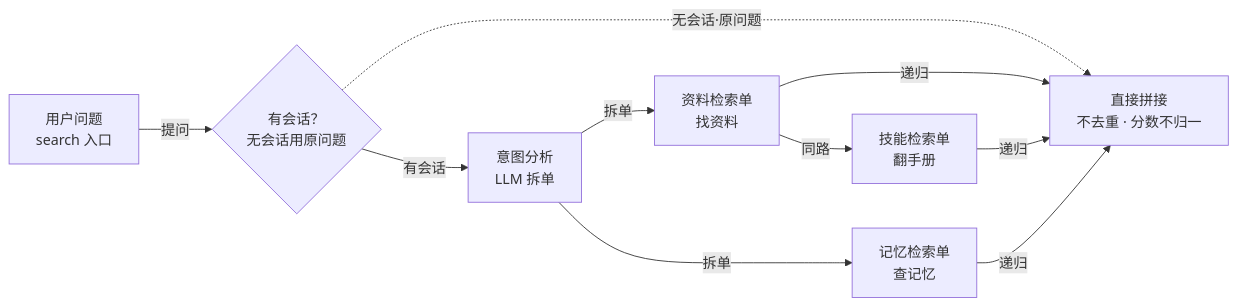
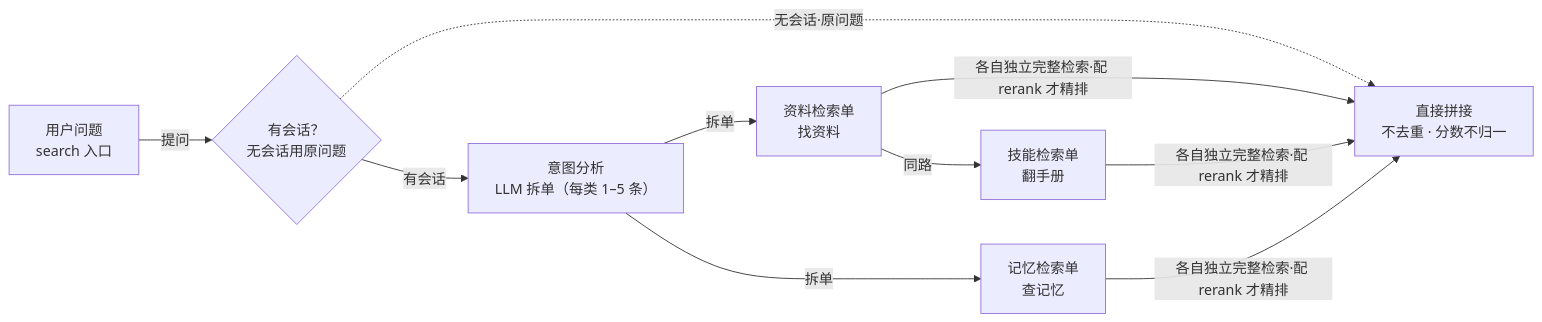
Before and after one commit to ThreeFish-AI/negentropy: the diagram in docs/assets/mermaid/cognitive-context/openviking--intent-typed-queries.mmd, drawn with Mermaid. The commit also changed 30 other files, not shown here.

```diff
--- a/docs/assets/mermaid/cognitive-context/openviking--intent-typed-queries.mmd
+++ b/docs/assets/mermaid/cognitive-context/openviking--intent-typed-queries.mmd
@@ -1,14 +1,15 @@
-%% source: docs/research/cognitive-context/014-openviking.md §5.2（视频 P3）
+%% source: docs/research/cognitive-context/014-openviking.md §5.2（视频 P3 → 换代重绘）
 %% slug: openviking--intent-typed-queries
 %% type: workflow
 %% derived: docs/assets/architecture/cognitive-context/openviking--intent-typed-queries.html
+%% fix: 2026-10-22 「递归」边随上游 #5450 删除目录递归改为「各自独立全局召回」，钉点 6227af51
 flowchart LR
   Q["用户问题<br/>search 入口"] -->|"提问"| GATE{"有会话？<br/>无会话用原问题"}
-  GATE -->|"有会话"| AN["意图分析<br/>LLM 拆单"]
+  GATE -->|"有会话"| AN["意图分析<br/>LLM 拆单（每类 1–5 条）"]
   GATE -.->|"无会话·原问题"| MERGE["直接拼接<br/>不去重 · 分数不归一"]
   AN -->|"拆单"| QRES["资料检索单<br/>找资料"]
   AN -->|"拆单"| QMEM["记忆检索单<br/>查记忆"]
   QRES -->|"同路"| QSKILL["技能检索单<br/>翻手册"]
-  QRES -->|"递归"| MERGE
-  QSKILL -->|"递归"| MERGE
-  QMEM -->|"递归"| MERGE
+  QRES -->|"各自独立完整检索·配 rerank 才精排"| MERGE
+  QSKILL -->|"各自独立完整检索·配 rerank 才精排"| MERGE
+  QMEM -->|"各自独立完整检索·配 rerank 才精排"| MERGE
```
